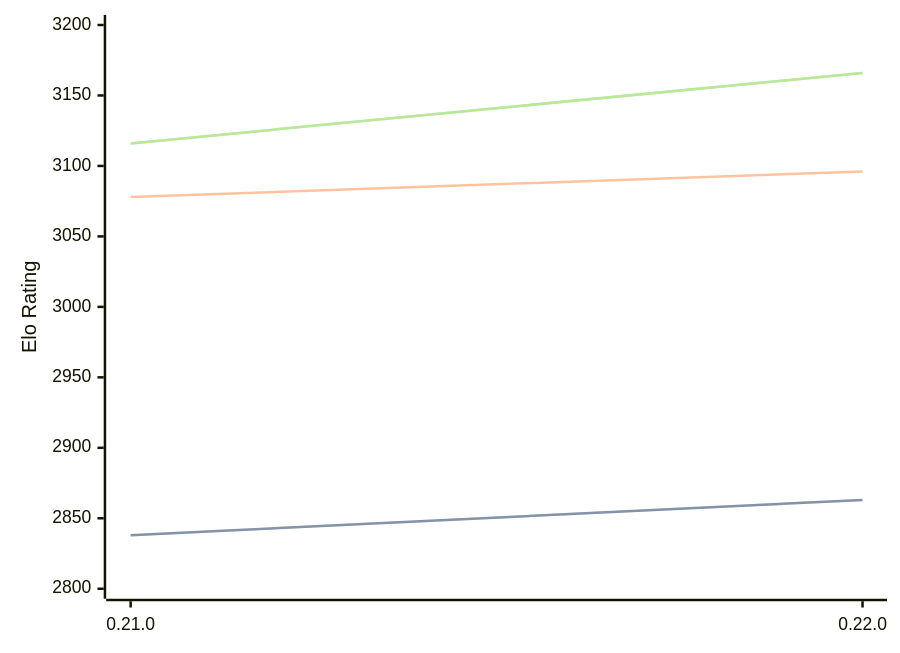
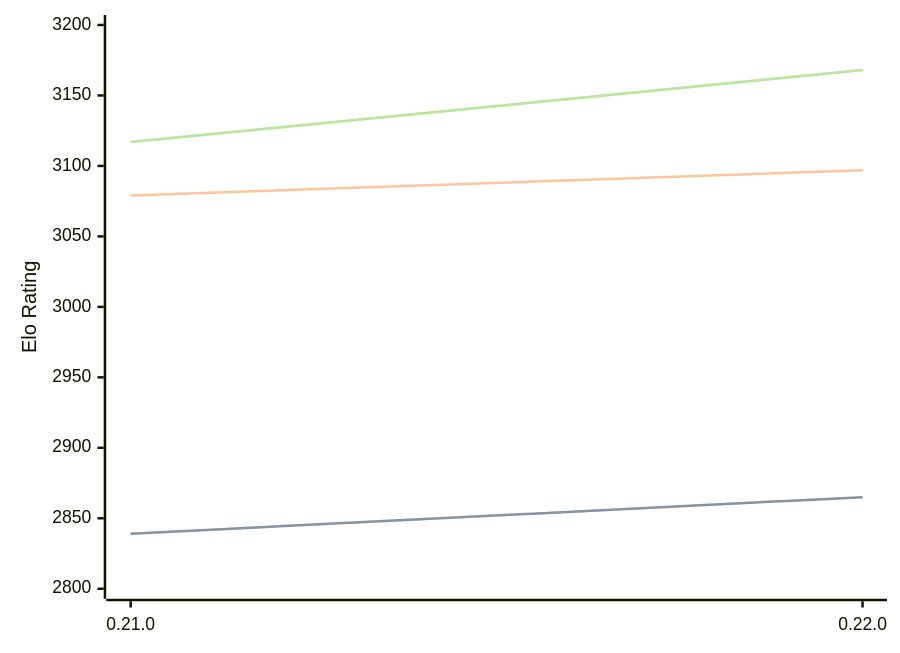
The diagram in engines/Princhess.md (computer-chess-index/cci), drawn with Mermaid before and after one commit. The commit also changed other lines of this file, not shown here.

Commit message:
Update CCI Ratings (ELO VLTC) - 2026-09-13

````diff
--- a/engines/Princhess.md
+++ b/engines/Princhess.md
@@ -32,11 +32,11 @@
 ```mermaid
 %%{init: {"theme":"base","themeVariables":{"seriesColors:['#a3a3a3','#222221','#faa371']}}}%%
 xychart-beta
   x-axis ["0.21.0", "0.22.0"]
   y-axis "Elo Rating" 2800 --> 3200
-  line "" [2838, 2863]
-  line "STC (8.0+0.08s)" [2838, 2863]
-  line "LTC (60.0+0.60s)" [3078, 3096]
-  line "" [3116, 3166]
-  line "VLTC (2m24s+1.12s)" [3116, 3166]
+  line "" [2839, 2865]
+  line "STC (8.0+0.08s)" [2839, 2865]
+  line "LTC (60.0+0.60s)" [3079, 3097]
+  line "" [3117, 3168]
+  line "VLTC (2m24s+1.12s)" [3117, 3168]
 ```
````
